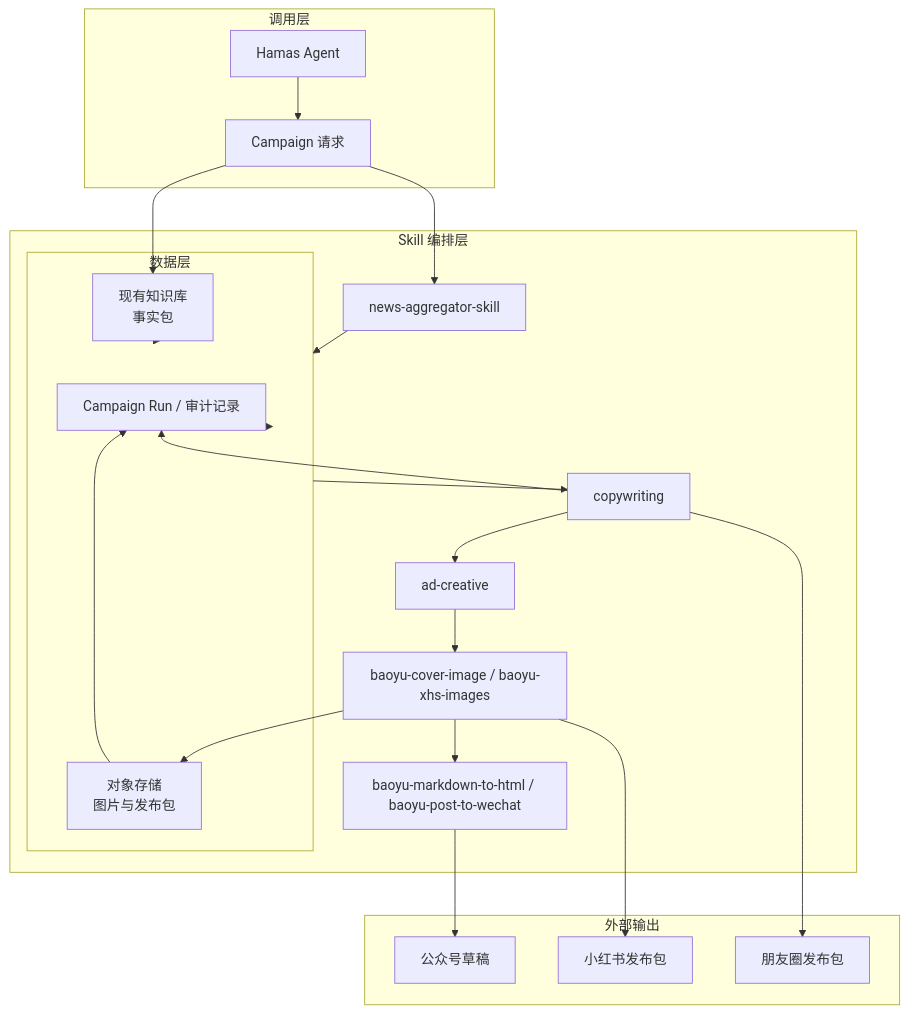
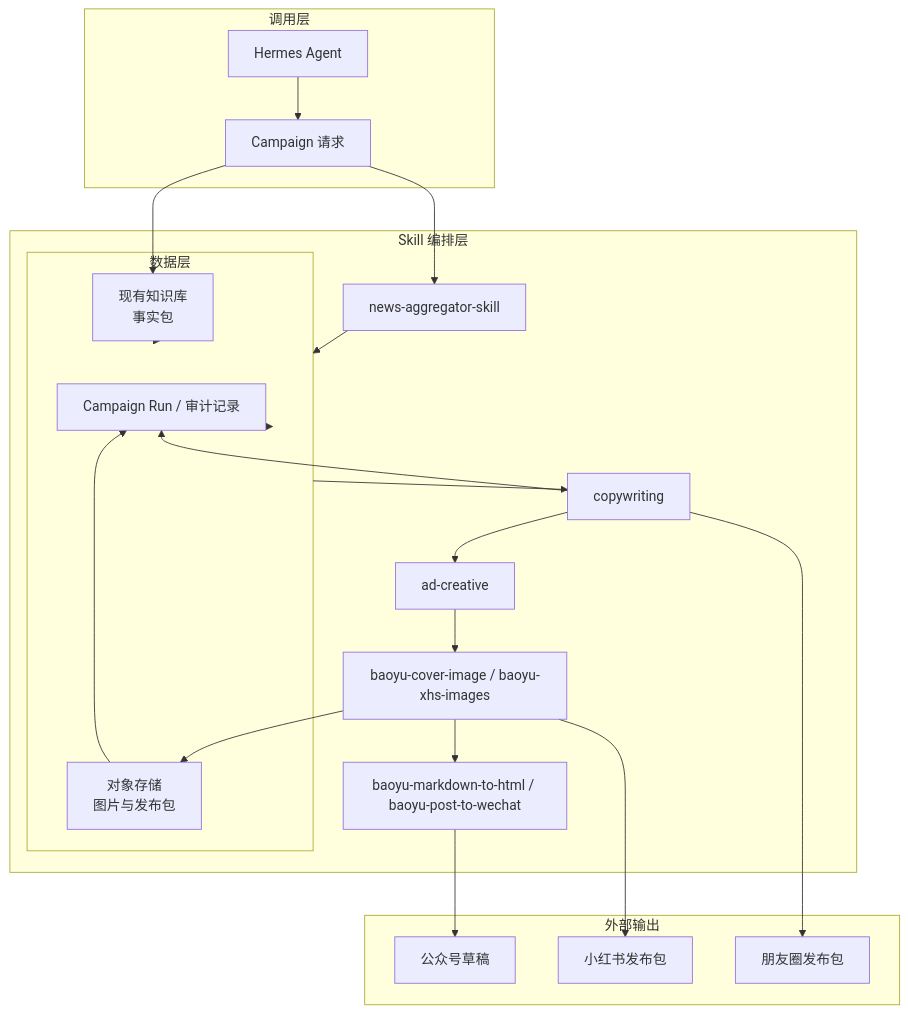
One commit to Zanetach/Agent-Canvas changed the first of 4 diagrams in docs/marketing-content-agent-prd.md. Above: the diagram before and after it, drawn with Mermaid. The commit also changed other lines of this file, not shown here.

Commit message:
Correct Hermes Agent naming in PRD

````diff
--- a/docs/marketing-content-agent-prd.md
+++ b/docs/marketing-content-agent-prd.md
@@ -170,34 +170,34 @@
 ```mermaid
 graph TB
   subgraph U[调用层]
-    A[Hamas Agent] --> B[Campaign 请求]
+    A[Hermes Agent] --> B[Campaign 请求]
   end
   subgraph S[Skill 编排层]
     C[news-aggregator-skill]
     D[content-strategy]
     E[copywriting]
     F[ad-creative]
     G[baoyu-cover-image / baoyu-xhs-images]
     H[baoyu-markdown-to-html / baoyu-post-to-wechat]
   end
   subgraph D[数据层]
     K[现有知识库<br/>事实包]
     L[Campaign Run / 审计记录]
     M[对象存储<br/>图片与发布包]
   end
   subgraph O[外部输出]
     N[公众号草稿]
     P[小红书发布包]
     Q[朋友圈发布包]
   end
   B --> K
   B --> C --> D --> E --> F --> G --> H
   K --> D
   D --> L
   E --> L
   G --> M
   H --> N
   G --> P
   E --> Q
   M --> L
 ```
````
